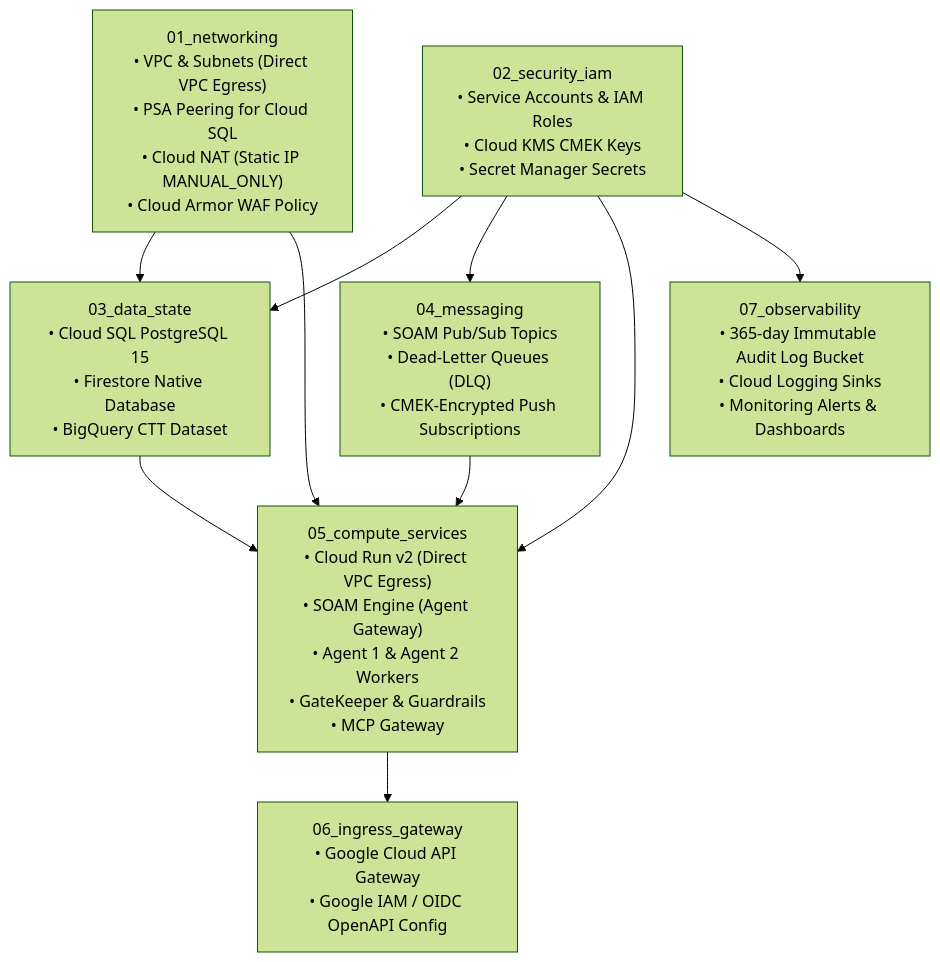
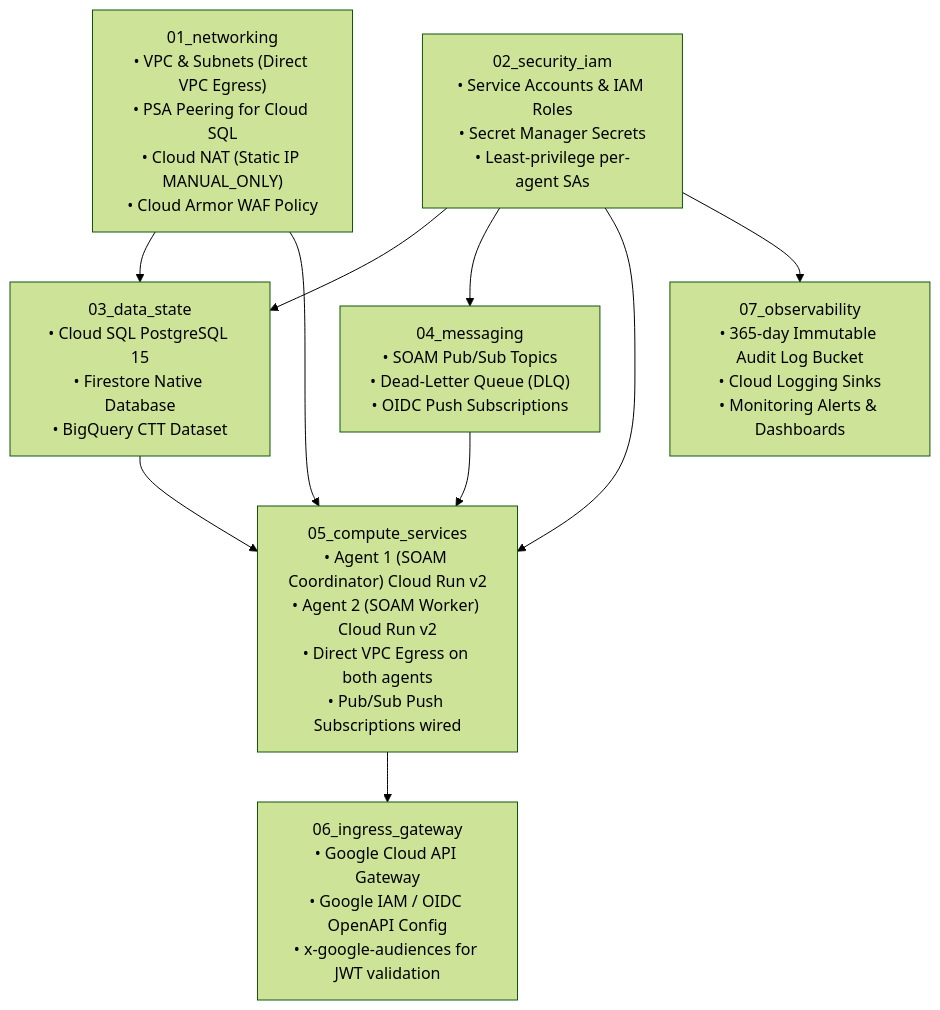
One commit to chaitanya-sharmaa/SOAM changed the diagram in gcp/docs/ARCHITECTURE.md. Above: the diagram before and after it, drawn with Mermaid (forest theme). The commit also changed other lines of this file and 17 other files, not shown here.

Commit message:
feat: implement production AI agents, automated Terraform deployment & async Pub/Sub mesh

````diff
--- a/gcp/docs/ARCHITECTURE.md
+++ b/gcp/docs/ARCHITECTURE.md
@@ -266,20 +268,20 @@
 ```mermaid
 flowchart TD
     M1["01_networking\n• VPC & Subnets (Direct VPC Egress)\n• PSA Peering for Cloud SQL\n• Cloud NAT (Static IP MANUAL_ONLY)\n• Cloud Armor WAF Policy"]
-    M2["02_security_iam\n• Service Accounts & IAM Roles\n• Cloud KMS CMEK Keys\n• Secret Manager Secrets"]
+    M2["02_security_iam\n• Service Accounts & IAM Roles\n• Secret Manager Secrets\n• Least-privilege per-agent SAs"]
     M3["03_data_state\n• Cloud SQL PostgreSQL 15\n• Firestore Native Database\n• BigQuery CTT Dataset"]
-    M4["04_messaging\n• SOAM Pub/Sub Topics\n• Dead-Letter Queues (DLQ)\n• CMEK-Encrypted Push Subscriptions"]
-    M5["05_compute_services\n• Cloud Run v2 (Direct VPC Egress)\n• SOAM Engine (Agent Gateway)\n• Agent 1 & Agent 2 Workers\n• GateKeeper & Guardrails\n• MCP Gateway"]
-    M6["06_ingress_gateway\n• Google Cloud API Gateway\n• Google IAM / OIDC OpenAPI Config"]
+    M4["04_messaging\n• SOAM Pub/Sub Topics\n• Dead-Letter Queue (DLQ)\n• OIDC Push Subscriptions"]
+    M5["05_compute_services\n• Agent 1 (SOAM Coordinator) Cloud Run v2\n• Agent 2 (SOAM Worker) Cloud Run v2\n• Direct VPC Egress on both agents\n• Pub/Sub Push Subscriptions wired"]
+    M6["06_ingress_gateway\n• Google Cloud API Gateway\n• Google IAM / OIDC OpenAPI Config\n• x-google-audiences for JWT validation"]
     M7["07_observability\n• 365-day Immutable Audit Log Bucket\n• Cloud Logging Sinks\n• Monitoring Alerts & Dashboards"]
 
     M1 --> M3
     M2 --> M3
     M2 --> M4
     M1 --> M5
     M2 --> M5
     M3 --> M5
     M4 --> M5
     M5 --> M6
     M2 --> M7
 ```
````
